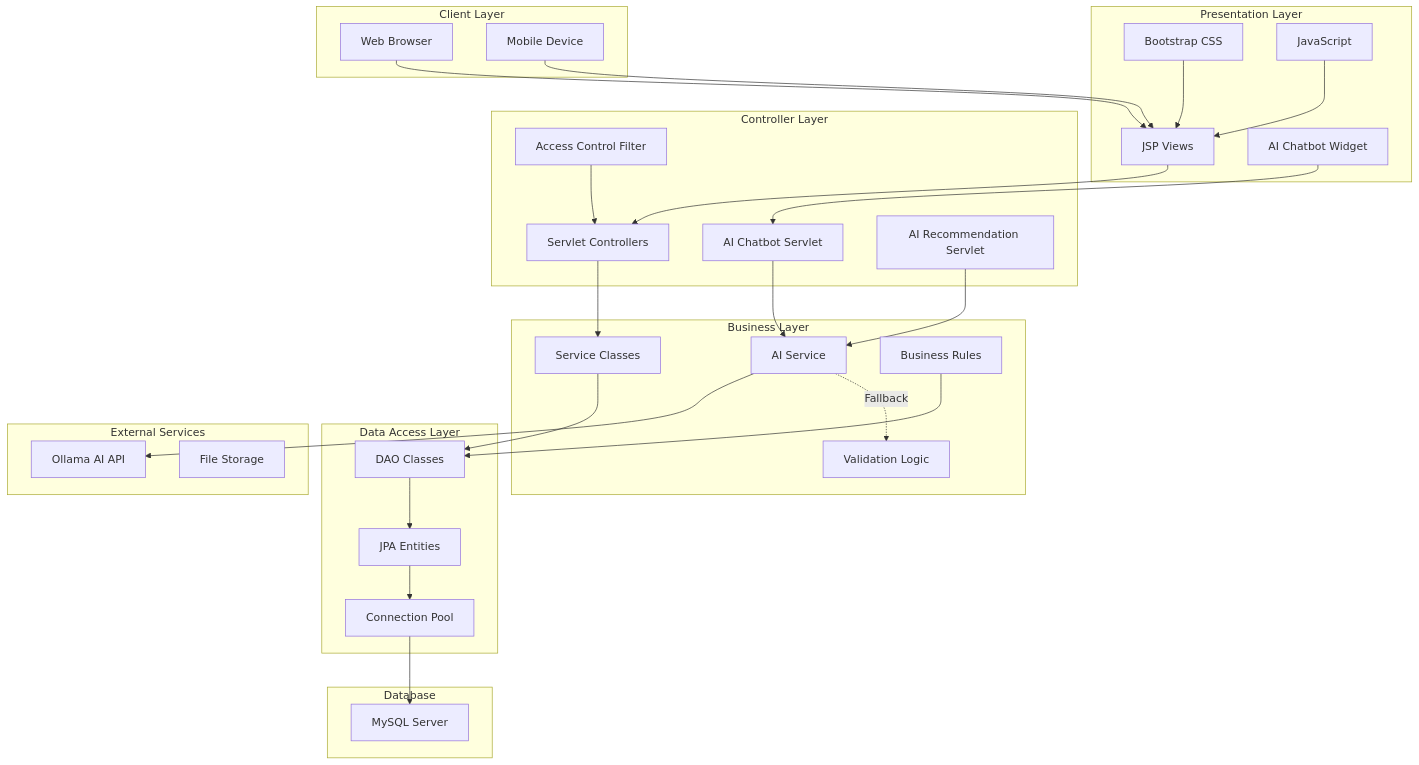
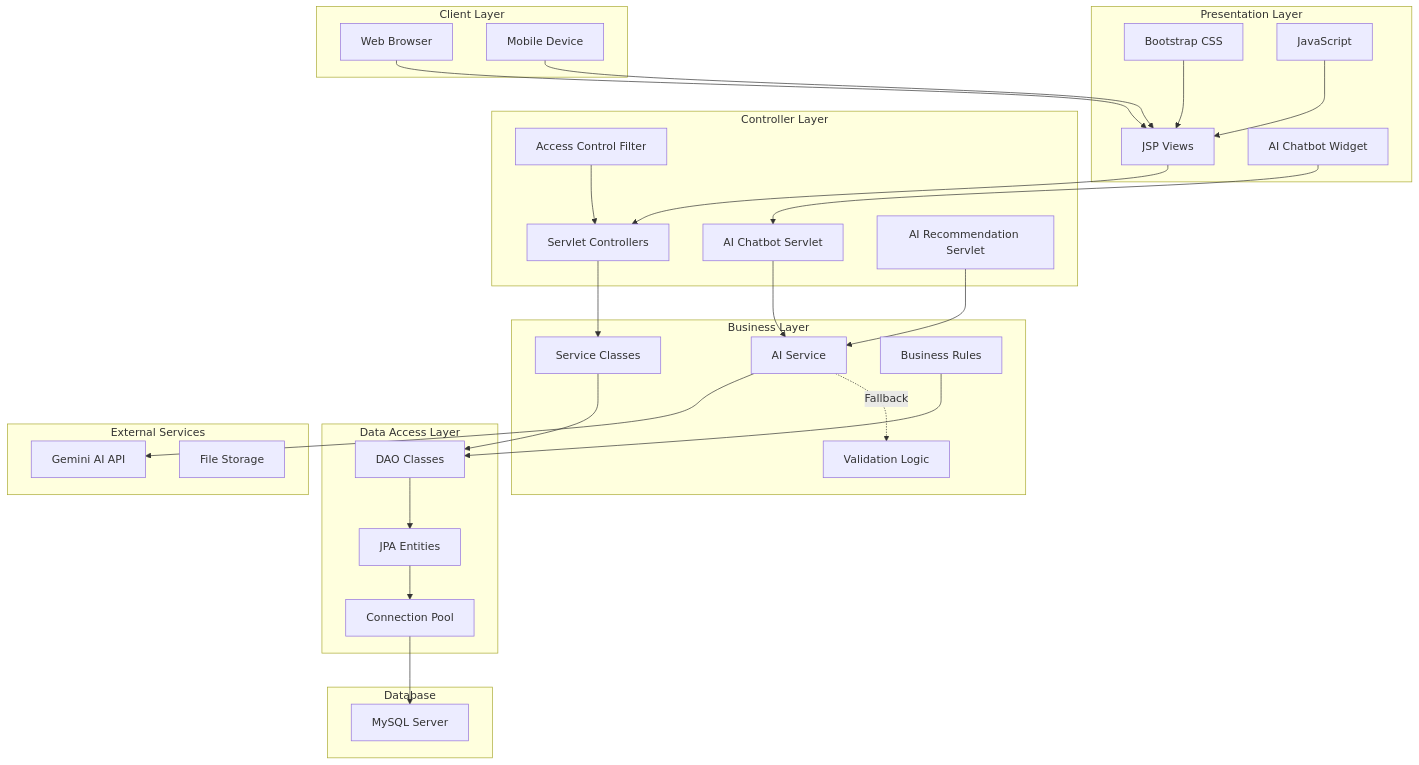
One commit to Eggprime1963/LearningWebsite changed the first of 5 diagrams in README.md. Above: the diagram before and after it, drawn with Mermaid. The commit also changed other lines of this file, not shown here.

````diff
--- a/README.md
+++ b/README.md
@@ -73,61 +73,61 @@
 ```mermaid
 graph TB
     subgraph "Client Layer"
         A[Web Browser]
         B[Mobile Device]
     end
     
     subgraph "Presentation Layer"
         C[JSP Views]
         D[Bootstrap CSS]
         E[JavaScript]
         F[AI Chatbot Widget]
     end
     
     subgraph "Controller Layer"
         G[Servlet Controllers]
         H[AI Chatbot Servlet]
         I[Access Control Filter]
         J[AI Recommendation Servlet]
     end
     
     subgraph "Business Layer"
         K[Service Classes]
         L[AI Service]
         M[Validation Logic]
         N[Business Rules]
     end
     
     subgraph "Data Access Layer"
         O[DAO Classes]
         P[JPA Entities]
         Q[Connection Pool]
     end
     
     subgraph "External Services"
-        R[Ollama AI API]
+        R[Gemini AI API]
         S[File Storage]
     end
     
     subgraph "Database"
         T[MySQL Server]
     end
     
     A --> C
     B --> C
     C --> G
     D --> C
     E --> C
     F --> H
     G --> K
     H --> L
     I --> G
     J --> L
     K --> O
     L --> R
     L -.->|Fallback| M
     O --> P
     P --> Q
     Q --> T
     N --> O
 ```
````
